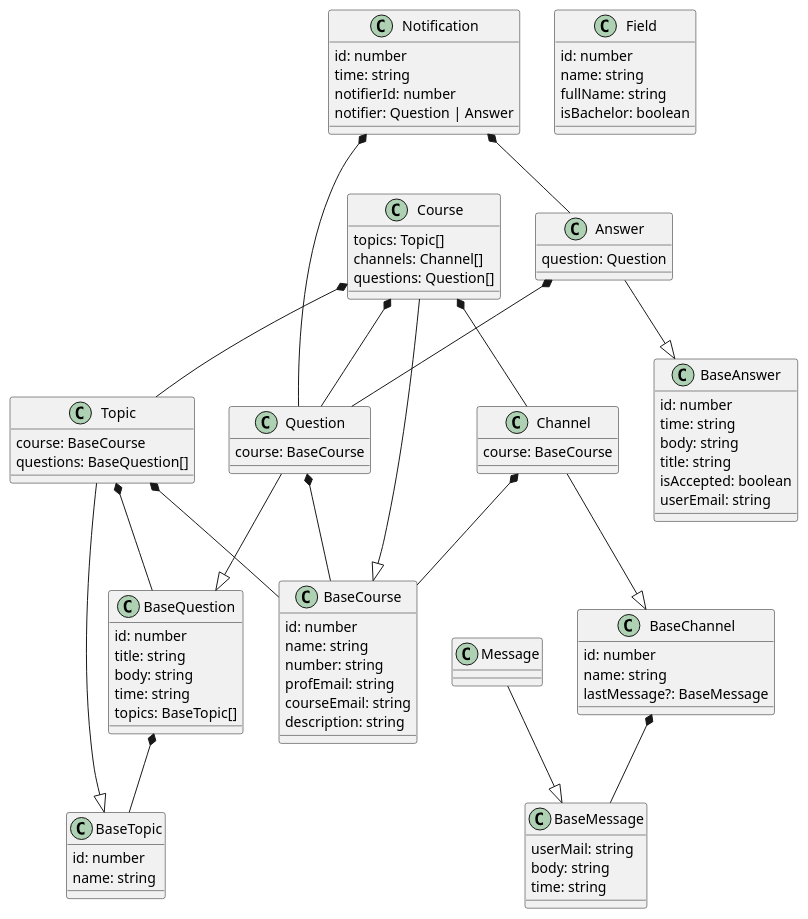
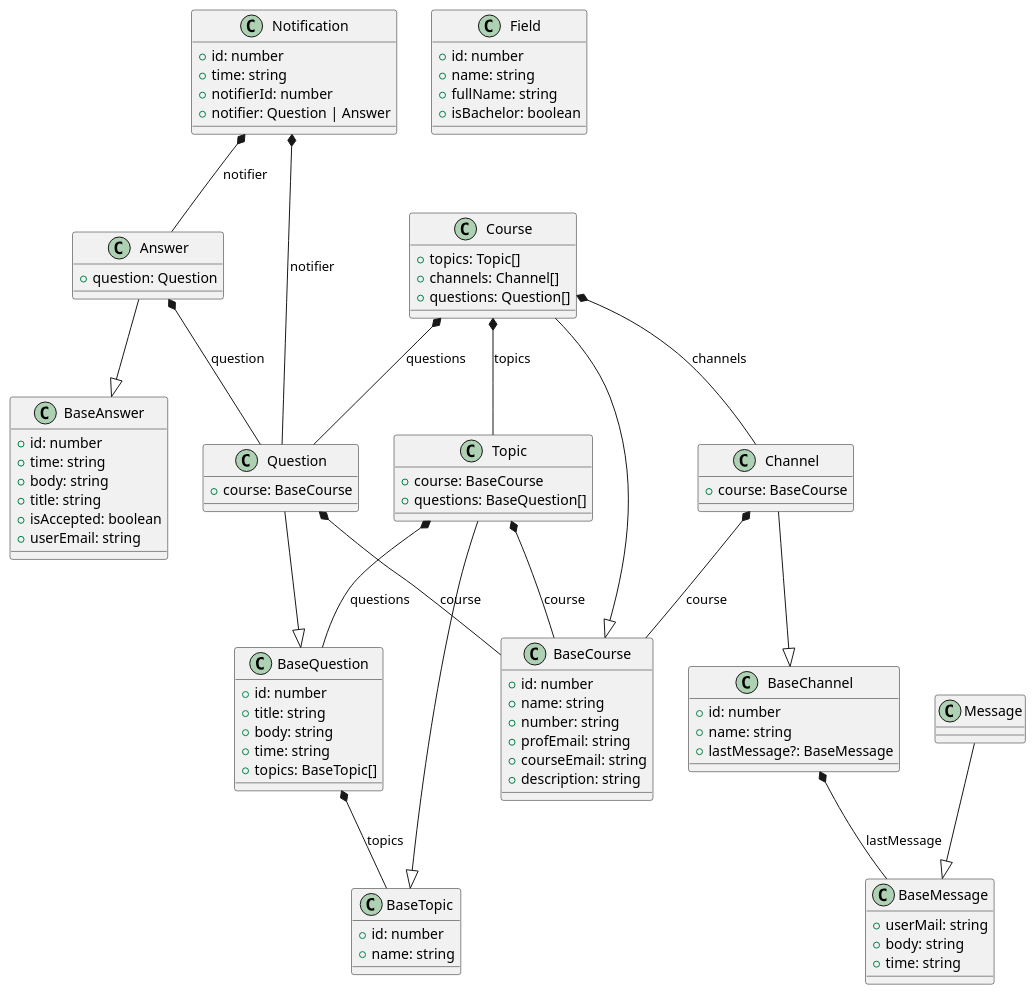
One commit to Singh-Kiran-P/StuNet changed the diagram in Diagrams/Class_Diagrams/Frontend_Diagrams/Models.puml. Above: the diagram before and after it, drawn with PlantUML. The commit also changed 3 other files, not shown here.

Commit message:
Refactor frontend diagrams

```diff
--- a/Diagrams/Class_Diagrams/Frontend_Diagrams/Models.puml
+++ b/Diagrams/Class_Diagrams/Frontend_Diagrams/Models.puml
@@ -1,121 +1,119 @@
 @startuml
 
 Notification -[hidden]- Course
 
 class Notification {
-    id: number
-    time: string
-    notifierId: number
-    notifier: Question | Answer
+    +id: number
+    +time: string
+    +notifierId: number
+    +notifier: Question | Answer
 }
 
-Notification *-- Question
-Notification *-- Answer
+Notification *-- Question: notifier
+Notification *-- Answer: notifier
 
 class BaseCourse {
-    id: number
-    name: string
-    number: string
-    profEmail: string
-    courseEmail: string
-    description: string
+    +id: number
+    +name: string
+    +number: string
+    +profEmail: string
+    +courseEmail: string
+    +description: string
 }
 
 class Course {
-    topics: Topic[]
-    channels: Channel[]
-    questions: Question[]
+    +topics: Topic[]
+    +channels: Channel[]
+    +questions: Question[]
 }
 
-Course *-- Topic
-Course *-- Channel
-Course *-- Question
+Course *-- Topic: topics
+Course *-- Channel: channels
+Course *-- Question: questions
 
 Course --|> BaseCourse
 
 class BaseChannel {
-    id: number
-    name: string
-    lastMessage?: BaseMessage
+    +id: number
+    +name: string
+    +lastMessage?: BaseMessage
 }
 
-BaseChannel *-- BaseMessage
+BaseChannel *-- BaseMessage: lastMessage
 
 class Channel {
-    course: BaseCourse
+    +course: BaseCourse
 }
 
-Channel *-- BaseCourse
+Channel *-- BaseCourse: course
 
 Channel --|> BaseChannel
 
 class BaseMessage {
-	userMail: string
-	body: string
-	time: string
+	+userMail: string
+	+body: string
+	+time: string
 }
 
 class Message {}
 
 Message --|> BaseMessage
 
 class BaseTopic {
-    id: number
-    name: string
+    +id: number
+    +name: string
 }
 
 class Topic {
-    course: BaseCourse
-    questions: BaseQuestion[]
+    +course: BaseCourse
+    +questions: BaseQuestion[]
 }
 
-Topic *-- BaseCourse
-Topic *-- BaseQuestion
+Topic *-- BaseCourse: course
+Topic *-- BaseQuestion: questions
 
 Topic --|> BaseTopic
 
 class BaseQuestion {
-    id: number
-    title: string
-    body: string
-    time: string
-    topics: BaseTopic[]
+    +id: number
+    +title: string
+    +body: string
+    +time: string
+    +topics: BaseTopic[]
 }
 
-BaseQuestion *-- BaseTopic
+BaseQuestion *-- BaseTopic: topics
 
 class Question {
-    course: BaseCourse
+    +course: BaseCourse
 }
 
-Question *-- BaseCourse
+Question *-- BaseCourse: course
 
 Question --|> BaseQuestion
 
 class BaseAnswer {
-    id: number
-    time: string
-    body: string
-    title: string
-    isAccepted: boolean
-    userEmail: string
+    +id: number
+    +time: string
+    +body: string
+    +title: string
+    +isAccepted: boolean
+    +userEmail: string
 }
 
 class Answer {
-    question: Question
+    +question: Question
 }
 
-Answer *-- Question
+Answer *-- Question: question
 
 Answer --|> BaseAnswer
 
 class Field {
-	id: number
-	name: string
-	fullName: string
-	isBachelor: boolean
+	+id: number
+	+name: string
+	+fullName: string
+	+isBachelor: boolean
 }
 
-
-
 @enduml
```
